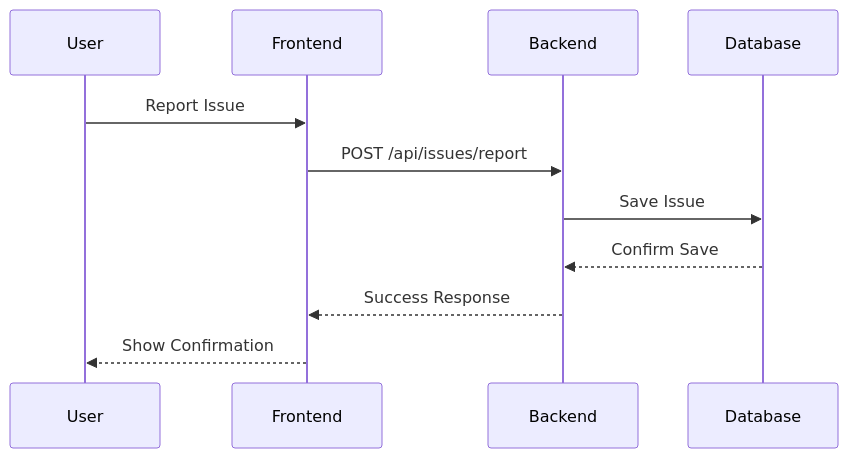
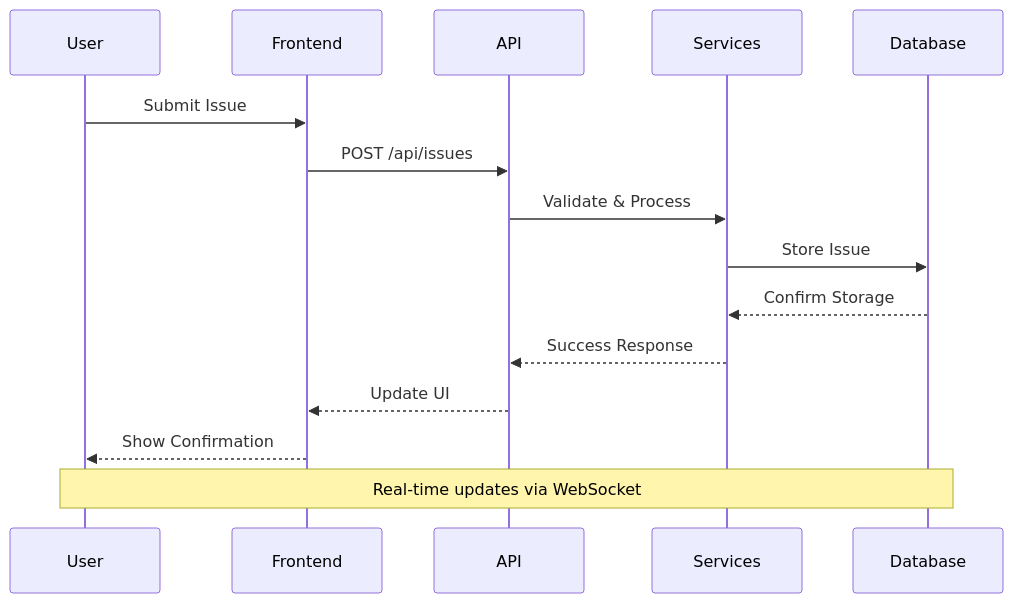
The fourth of 9 diagrams in README.md (GouthamAdepu/cofix), drawn with Mermaid before and after one commit. The commit also changed other lines of this file, not shown here.

````diff
--- a/README.md
+++ b/README.md
@@ -75,9 +157,19 @@
 ```mermaid
 sequenceDiagram
-    User->>Frontend: Report Issue
-    Frontend->>Backend: POST /api/issues/report
-    Backend->>Database: Save Issue
-    Database-->>Backend: Confirm Save
-    Backend-->>Frontend: Success Response
+    participant User
+    participant Frontend
+    participant API
+    participant Services
+    participant Database
+
+    User->>Frontend: Submit Issue
+    Frontend->>API: POST /api/issues
+    API->>Services: Validate & Process
+    Services->>Database: Store Issue
+    Database-->>Services: Confirm Storage
+    Services-->>API: Success Response
+    API-->>Frontend: Update UI
     Frontend-->>User: Show Confirmation
+    
+    Note over User,Database: Real-time updates via WebSocket
 ```
````
